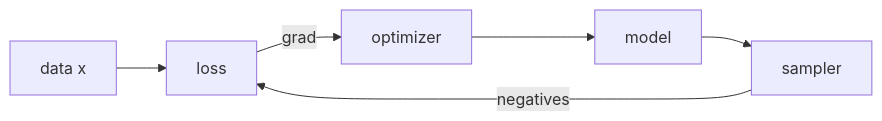
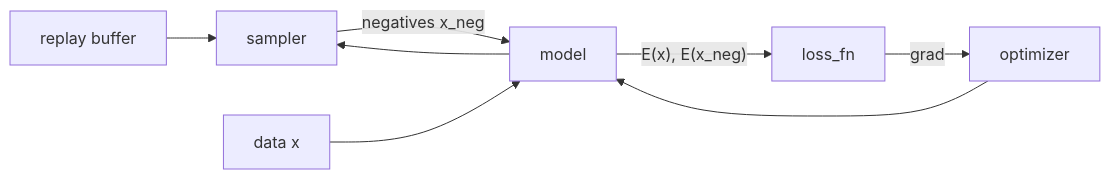
The diagram in docs/developer_guide/architecture.md (soran-ghaderi/torchebm), drawn with Mermaid before and after one commit. The commit also changed other lines of this file and 67 other files, not shown here.

Commit message:
refactor(api): rename criterion to loss_fn and document the model-centric api with the potential-or-field framing

````diff
--- a/docs/developer_guide/architecture.md
+++ b/docs/developer_guide/architecture.md
@@ -60,8 +73,10 @@
 ```mermaid
 graph LR
-    data[data x] --> loss
+    buffer[replay buffer] --> sampler
     model --> sampler
-    sampler -- negatives --> loss
-    loss -- grad --> opt[optimizer]
-    opt --> model
+    sampler -- negatives x_neg --> model
+    data[data x] --> model
+    model -- "E(x), E(x_neg)" --> loss_fn
+    loss_fn -- grad --> optimizer
+    optimizer --> model
 ```
````
